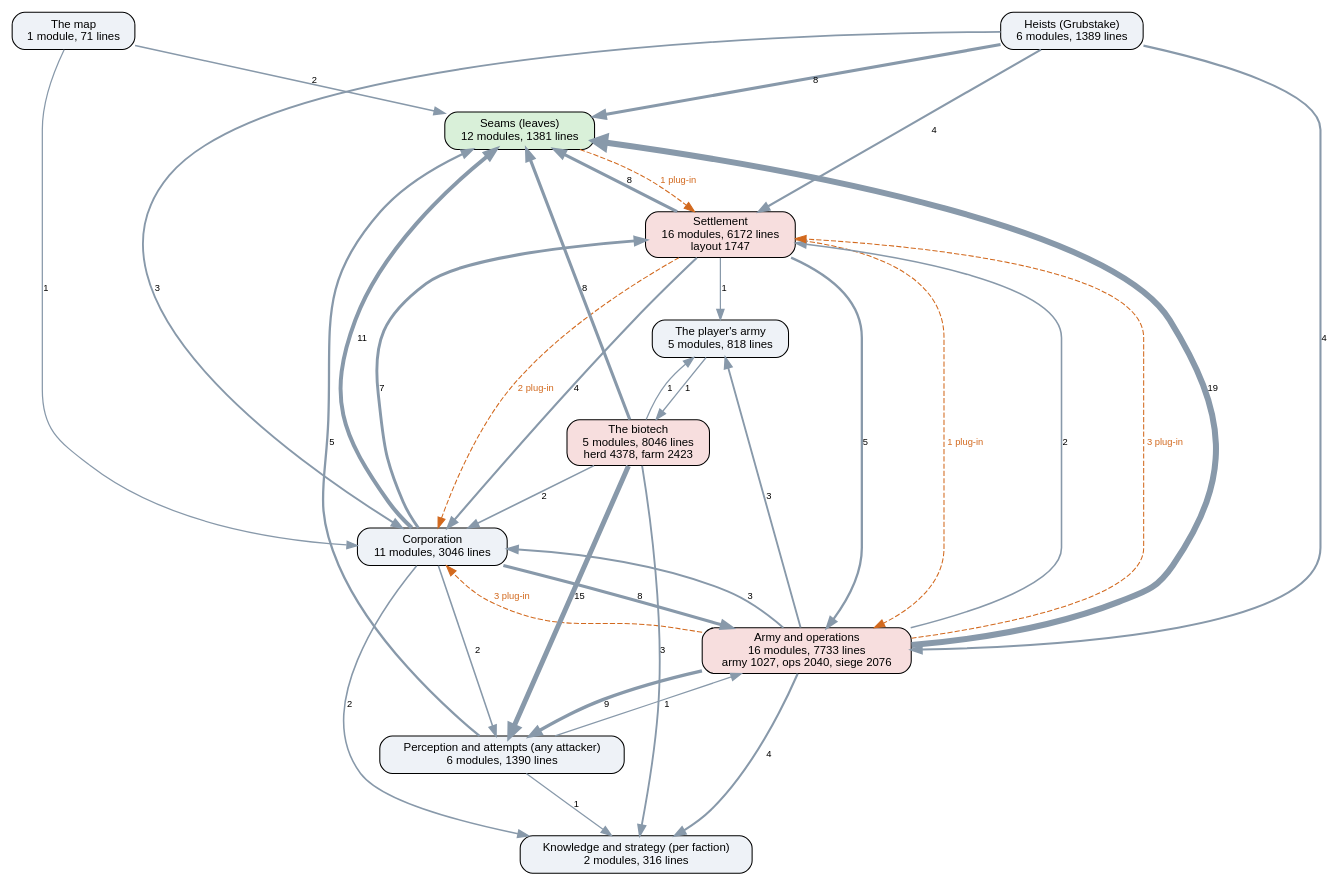
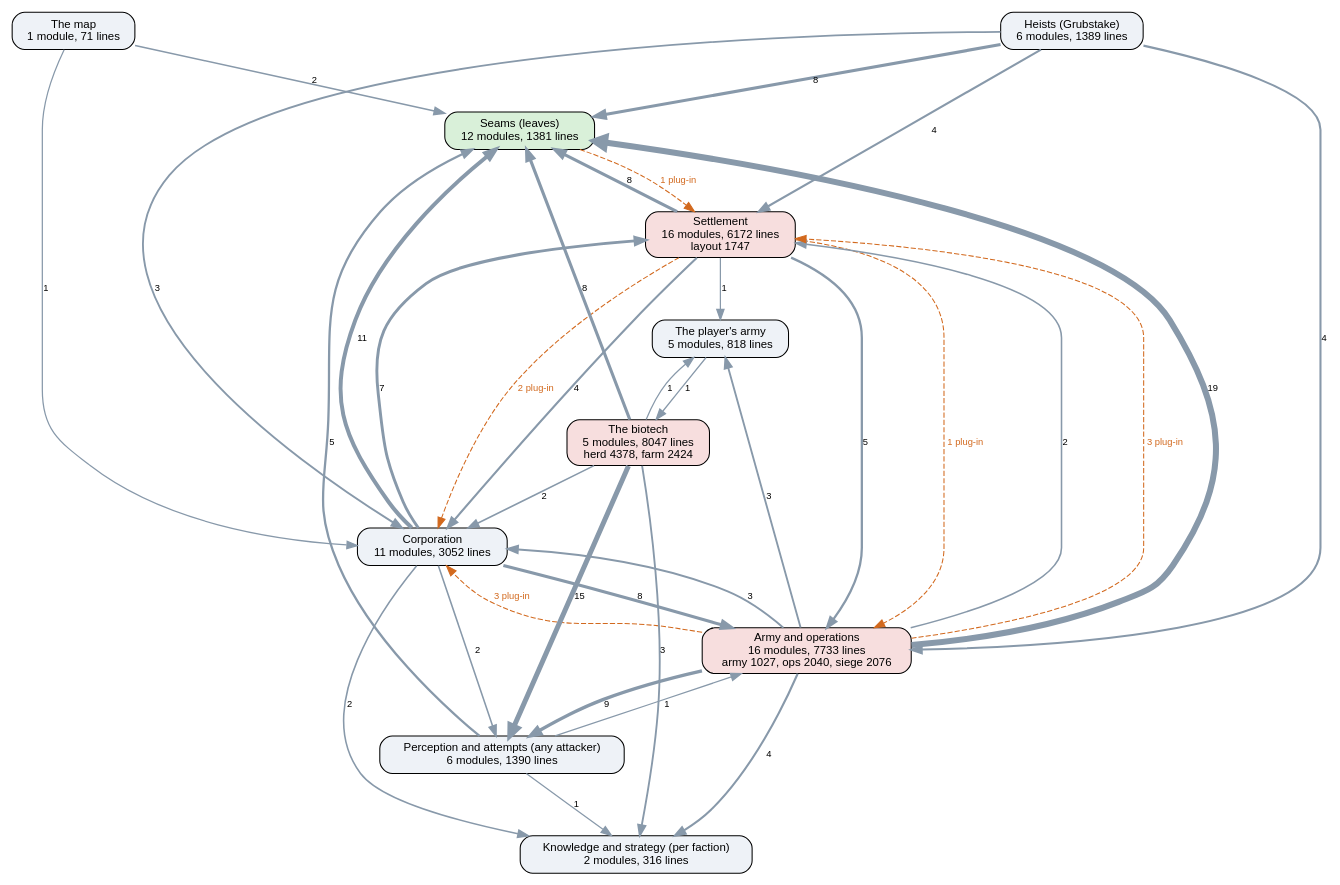
Before and after one commit to kinelhu/landing-party: the diagram in docs/ai-layers.dot, drawn with Graphviz. The commit also changed 17 other files, not shown here.

```diff
--- a/docs/ai-layers.dot
+++ b/docs/ai-layers.dot
@@ -1,50 +1,50 @@
 digraph layers {
   graph [rankdir=TB, fontname="Helvetica", nodesep=0.5, ranksep=0.7];
   node [shape=box, style="rounded,filled", fontname="Helvetica", fontsize=11, fillcolor="#eef2f7"];
   edge [color="#8899aa", fontname="Helvetica", fontsize=9];
   "Seams (leaves)" [label="Seams (leaves)\n12 modules, 1381 lines", fillcolor="#d9f0d9"];
   "Perception and attempts (any attacker)" [label="Perception and attempts (any attacker)\n6 modules, 1390 lines", fillcolor="#eef2f7"];
   "Knowledge and strategy (per faction)" [label="Knowledge and strategy (per faction)\n2 modules, 316 lines", fillcolor="#eef2f7"];
-  "Corporation" [label="Corporation\n11 modules, 3046 lines", fillcolor="#eef2f7"];
+  "Corporation" [label="Corporation\n11 modules, 3052 lines", fillcolor="#eef2f7"];
   "Settlement" [label="Settlement\n16 modules, 6172 lines\nlayout 1747", fillcolor="#f7dede"];
   "Army and operations" [label="Army and operations\n16 modules, 7733 lines\narmy 1027, ops 2040, siege 2076", fillcolor="#f7dede"];
   "Heists (Grubstake)" [label="Heists (Grubstake)\n6 modules, 1389 lines", fillcolor="#eef2f7"];
-  "The biotech" [label="The biotech\n5 modules, 8046 lines\nherd 4378, farm 2423", fillcolor="#f7dede"];
+  "The biotech" [label="The biotech\n5 modules, 8047 lines\nherd 4378, farm 2424", fillcolor="#f7dede"];
   "The map" [label="The map\n1 module, 71 lines", fillcolor="#eef2f7"];
   "The player's army" [label="The player's army\n5 modules, 818 lines", fillcolor="#eef2f7"];
   "Army and operations" -> "Corporation" [label="3", penwidth=1.8];
   "Army and operations" -> "Knowledge and strategy (per faction)" [label="4", penwidth=2.0];
   "Army and operations" -> "Perception and attempts (any attacker)" [label="9", penwidth=3.2];
   "Army and operations" -> "Seams (leaves)" [label="19", penwidth=5.8];
   "Army and operations" -> "Settlement" [label="2", penwidth=1.5];
   "Army and operations" -> "The player's army" [label="3", penwidth=1.8];
   "Corporation" -> "Army and operations" [label="8", penwidth=3.0];
   "Corporation" -> "Knowledge and strategy (per faction)" [label="2", penwidth=1.5];
   "Corporation" -> "Perception and attempts (any attacker)" [label="2", penwidth=1.5];
   "Corporation" -> "Seams (leaves)" [label="11", penwidth=3.8];
   "Corporation" -> "Settlement" [label="7", penwidth=2.8];
   "Heists (Grubstake)" -> "Army and operations" [label="4", penwidth=2.0];
   "Heists (Grubstake)" -> "Corporation" [label="3", penwidth=1.8];
   "Heists (Grubstake)" -> "Seams (leaves)" [label="8", penwidth=3.0];
   "Heists (Grubstake)" -> "Settlement" [label="4", penwidth=2.0];
   "Perception and attempts (any attacker)" -> "Army and operations" [label="1", penwidth=1.2];
   "Perception and attempts (any attacker)" -> "Knowledge and strategy (per faction)" [label="1", penwidth=1.2];
   "Perception and attempts (any attacker)" -> "Seams (leaves)" [label="5", penwidth=2.2];
   "Settlement" -> "Army and operations" [label="5", penwidth=2.2];
   "Settlement" -> "Corporation" [label="4", penwidth=2.0];
   "Settlement" -> "Seams (leaves)" [label="8", penwidth=3.0];
   "Settlement" -> "The player's army" [label="1", penwidth=1.2];
   "The biotech" -> "Corporation" [label="2", penwidth=1.5];
   "The biotech" -> "Knowledge and strategy (per faction)" [label="3", penwidth=1.8];
   "The biotech" -> "Perception and attempts (any attacker)" [label="15", penwidth=4.8];
   "The biotech" -> "Seams (leaves)" [label="8", penwidth=3.0];
   "The biotech" -> "The player's army" [label="1", penwidth=1.2];
   "The map" -> "Corporation" [label="1", penwidth=1.2];
   "The map" -> "Seams (leaves)" [label="2", penwidth=1.5];
   "The player's army" -> "The biotech" [label="1", penwidth=1.2];
   "Army and operations" -> "Corporation" [style=dashed, color="#d2691e", fontcolor="#d2691e", label="3 plug-in"];
   "Army and operations" -> "Settlement" [style=dashed, color="#d2691e", fontcolor="#d2691e", label="3 plug-in"];
   "Seams (leaves)" -> "Settlement" [style=dashed, color="#d2691e", fontcolor="#d2691e", label="1 plug-in"];
   "Settlement" -> "Army and operations" [style=dashed, color="#d2691e", fontcolor="#d2691e", label="1 plug-in"];
   "Settlement" -> "Corporation" [style=dashed, color="#d2691e", fontcolor="#d2691e", label="2 plug-in"];
 }
```
